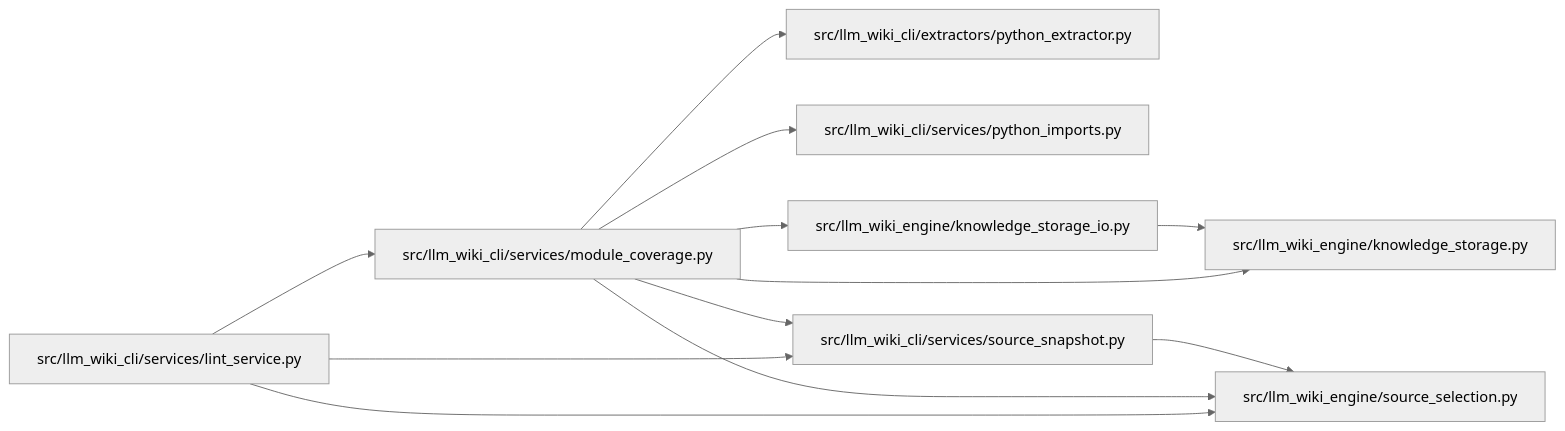
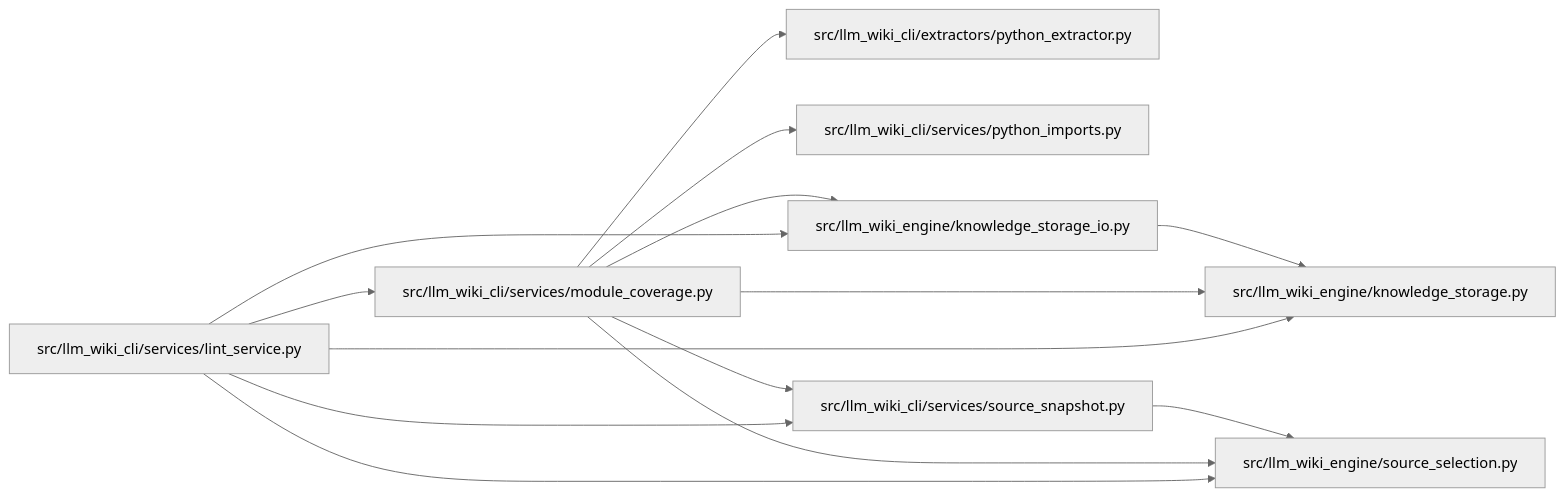
Before and after one commit to Denissvgn/python-wiki-llm: the diagram in docs/llm_wiki/modules/module_coverage.md, drawn with Mermaid (neutral theme). The commit also changed 699 other files, not shown here.

````diff
--- a/docs/llm_wiki/modules/module_coverage.md
+++ b/docs/llm_wiki/modules/module_coverage.md
@@ -31,30 +31,32 @@
 ```mermaid
 flowchart LR
     n0["src/llm_wiki_cli/extractors/python_extractor.py"]
     n1["src/llm_wiki_cli/services/lint_service.py"]
     n2["src/llm_wiki_cli/services/module_coverage.py"]
     n3["src/llm_wiki_cli/services/python_imports.py"]
     n4["src/llm_wiki_cli/services/source_snapshot.py"]
     n5["src/llm_wiki_engine/knowledge_storage.py"]
     n6["src/llm_wiki_engine/knowledge_storage_io.py"]
     n7["src/llm_wiki_engine/source_selection.py"]
     n1 --> n2
     n1 --> n4
+    n1 --> n5
+    n1 --> n6
     n1 --> n7
     n2 --> n0
     n2 --> n3
     n2 --> n4
     n2 --> n5
     n2 --> n6
     n2 --> n7
     n4 --> n7
     n6 --> n5
     click n0 "../modules/python_extractor.md"
     click n1 "../modules/lint_service.md"
     click n2 "../modules/module_coverage.md"
     click n3 "../modules/python_imports.md"
     click n4 "../modules/source_snapshot.md"
     click n5 "../modules/knowledge_storage.md"
     click n6 "../modules/knowledge_storage_io.md"
     click n7 "../modules/source_selection.md"
 ```
````
